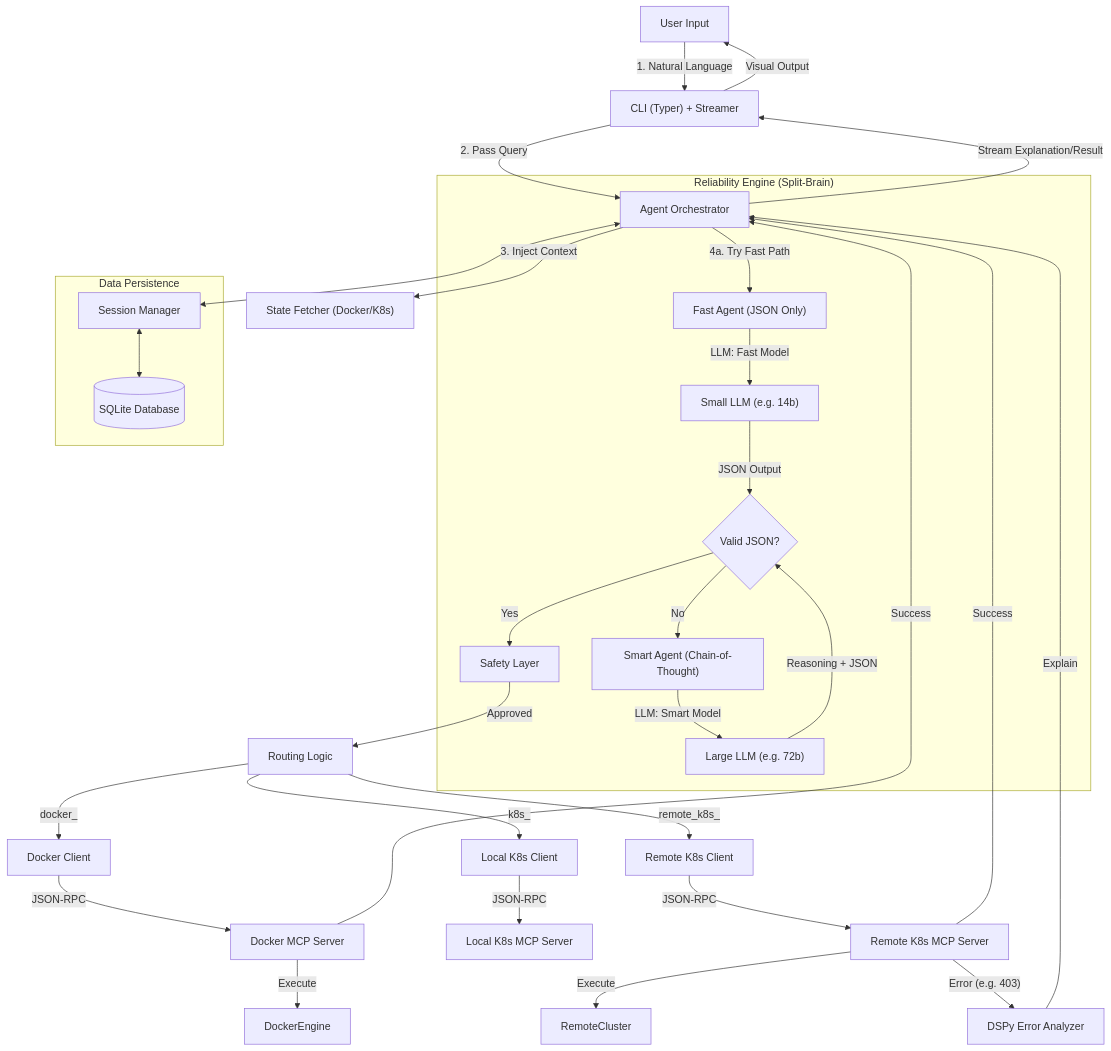
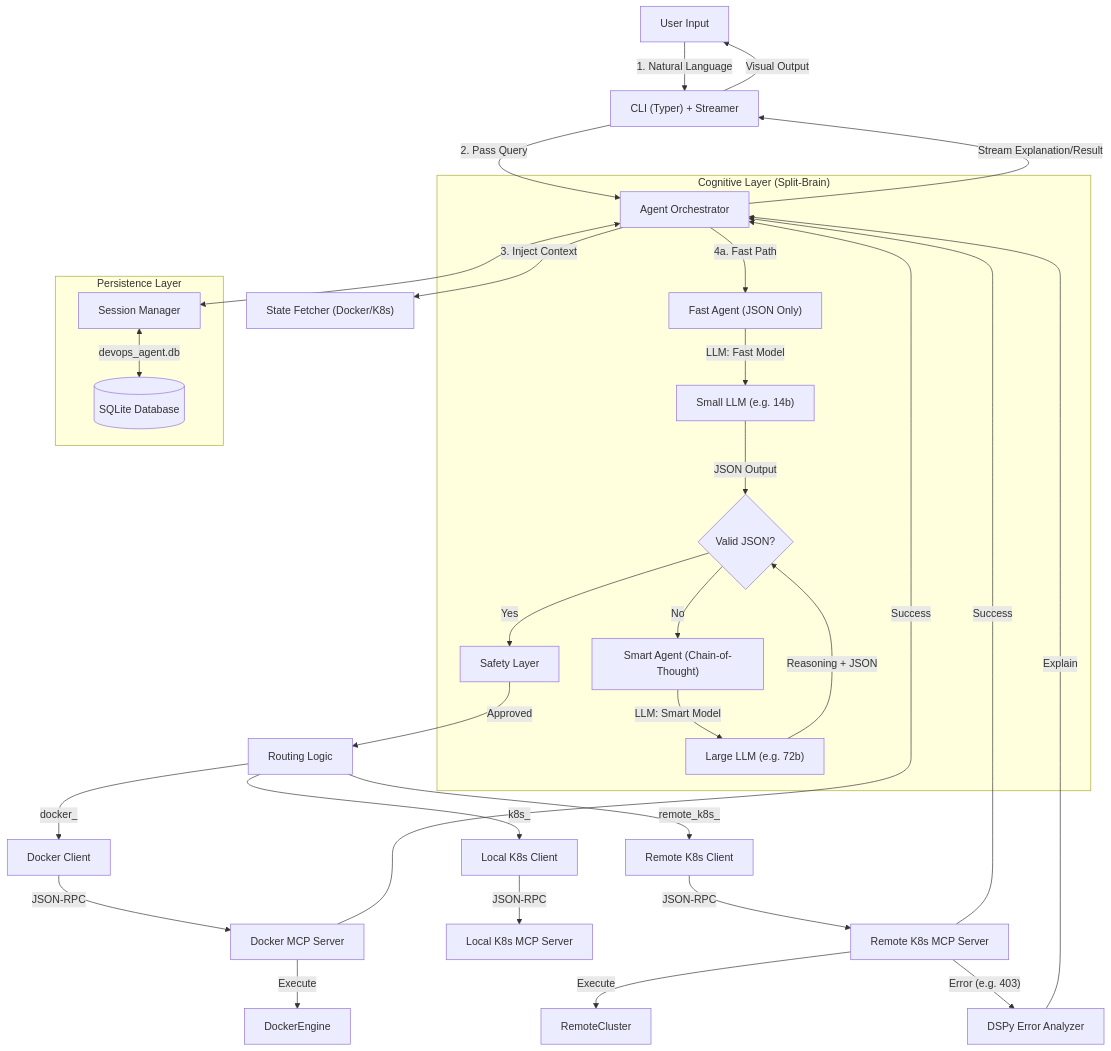
The diagram in ARCHITECTURE_AND_GUIDE.md (NayanEupho/Agentic-Docker), drawn with Mermaid before and after one commit. The commit also changed other lines of this file and 9 other files, not shown here.

````diff
--- a/ARCHITECTURE_AND_GUIDE.md
+++ b/ARCHITECTURE_AND_GUIDE.md
@@ -35,47 +25,47 @@
 ```mermaid
 graph TD
     User[User Input] -->|1. Natural Language| CLI["CLI (Typer) + Streamer"]
     CLI -->|2. Pass Query| Agent[Agent Orchestrator]
     Agent -->|3. Inject Context| State["State Fetcher (Docker/K8s)"]
     
-    subgraph "Reliability Engine (Split-Brain)"
-        Agent -->|4a. Try Fast Path| FastAgent["Fast Agent (JSON Only)"]
+    subgraph "Cognitive Layer (Split-Brain)"
+        Agent -->|4a. Fast Path| FastAgent["Fast Agent (JSON Only)"]
         FastAgent -->|LLM: Fast Model| FastLLM["Small LLM (e.g. 14b)"]
         FastLLM -- JSON Output --> Validator
         
         Validator{Valid JSON?}
         Validator -- Yes --> Safety
         Validator -- No --> SmartAgent["Smart Agent (Chain-of-Thought)"]
         
         SmartAgent -->|LLM: Smart Model| SmartLLM["Large LLM (e.g. 72b)"]
         SmartLLM -- Reasoning + JSON --> Validator
     end
 
     Safety[Safety Layer] -->|Approved| Router[Routing Logic]
     
     Router -->|docker_| ClientDocker[Docker Client]
     Router -->|k8s_| ClientLocal[Local K8s Client]
     Router -->|remote_k8s_| ClientRemote[Remote K8s Client]
     
     ClientDocker -->|JSON-RPC| ServerDocker[Docker MCP Server]
     ClientLocal -->|JSON-RPC| ServerLocal[Local K8s MCP Server]
     ClientRemote -->|JSON-RPC| ServerRemote[Remote K8s MCP Server]
     
     ServerDocker -->|Execute| DockerEngine
     ServerRemote -->|Execute| RemoteCluster
     
     ServerRemote -- Error (e.g. 403) --> ErrorAnalyzer["DSPy Error Analyzer"]
     ErrorAnalyzer -- Explain --> Agent
     
     ServerRemote -- Success --> Agent
     ServerDocker -- Success --> Agent
     
     Agent -->|Stream Explanation/Result| CLI
     CLI -->|Visual Output| User
 
-    subgraph Data Persistence
+    subgraph Persistence Layer
         SessionManager[Session Manager]
-        SessionManager <--> DB[(SQLite Database)]
+        SessionManager <-->|devops_agent.db| DB[(SQLite Database)]
         Agent <--> SessionManager
     end
 ```
````
